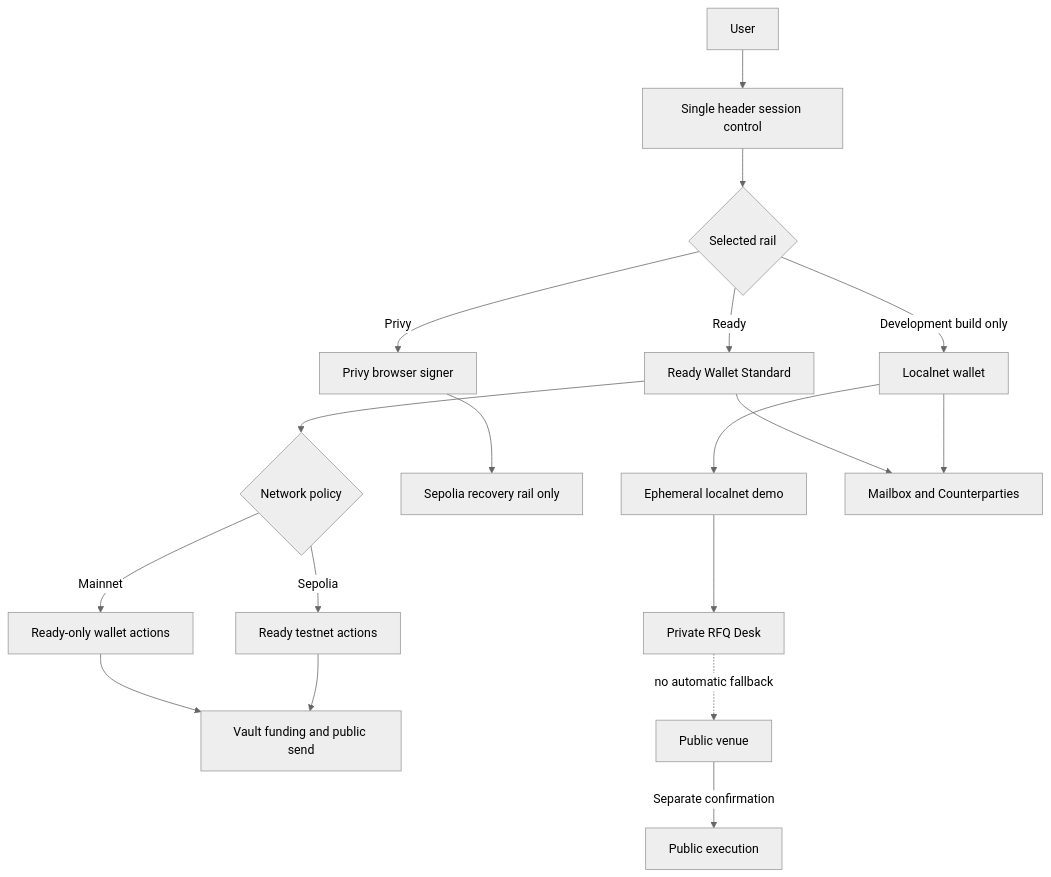
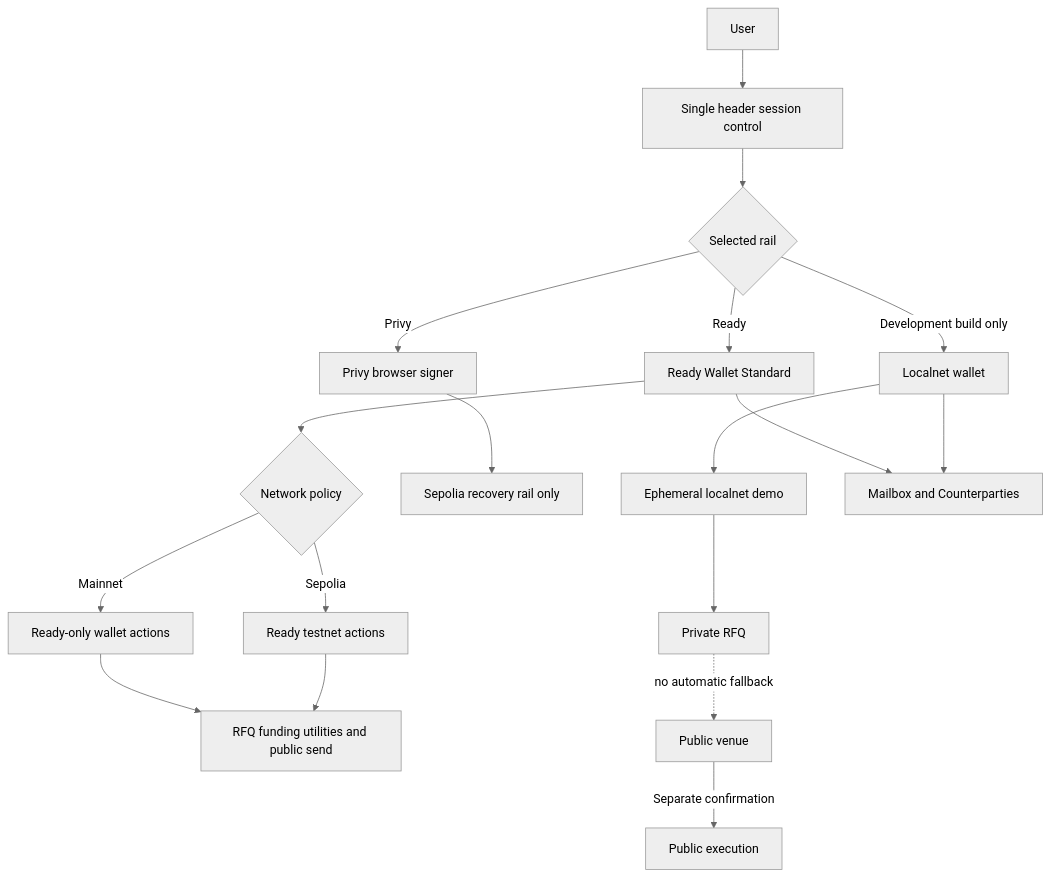
One commit to gstohl/app20 changed the first of 8 diagrams in README.md. Above: the diagram before and after it, drawn with Mermaid (neutral theme). The commit also changed other lines of this file and 238 other files, not shown here.

Commit message:
feat: harden localnet private RFQ

````diff
--- a/README.md
+++ b/README.md
@@ -65,23 +69,23 @@
 ```mermaid
 flowchart TD
     U[User] --> H[Single header session control]
     H --> R{Selected rail}
     R -->|Ready| W[Ready Wallet Standard]
     R -->|Privy| P[Privy browser signer]
     R -->|Development build only| L[Localnet wallet]
 
     W --> N{Network policy}
     N -->|Mainnet| M[Ready-only wallet actions]
     N -->|Sepolia| S[Ready testnet actions]
     P --> PS[Sepolia recovery rail only]
     L --> LD[Ephemeral localnet demo]
 
-    M --> V[Vault funding and public send]
+    M --> V[RFQ funding utilities and public send]
     S --> V
-    LD --> D[Private RFQ Desk]
+    LD --> D[Private RFQ]
     W --> MB[Mailbox and Counterparties]
     L --> MB
 
     D -. no automatic fallback .-> X[Public venue]
     X -->|Separate confirmation| PX[Public execution]
 ```
````
